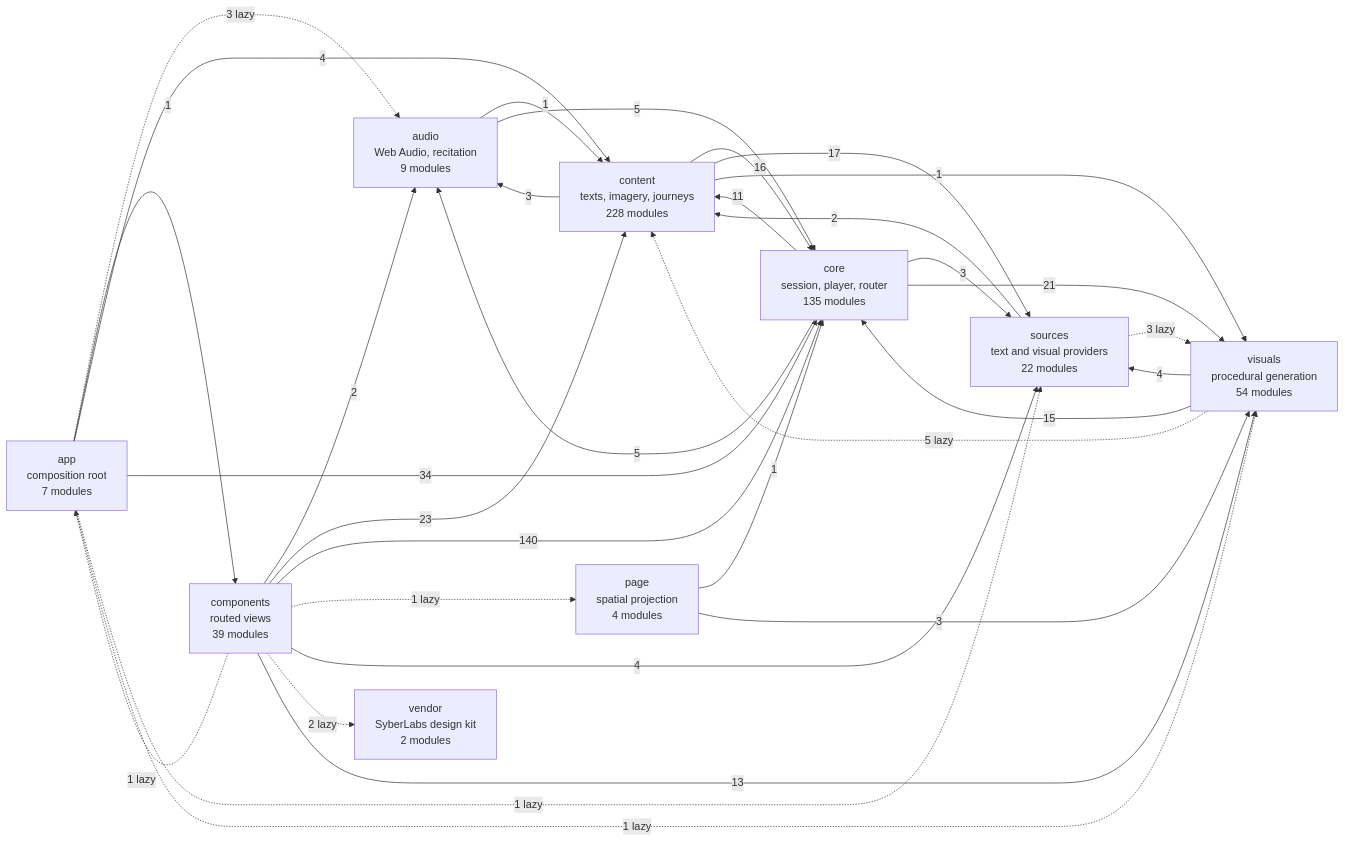
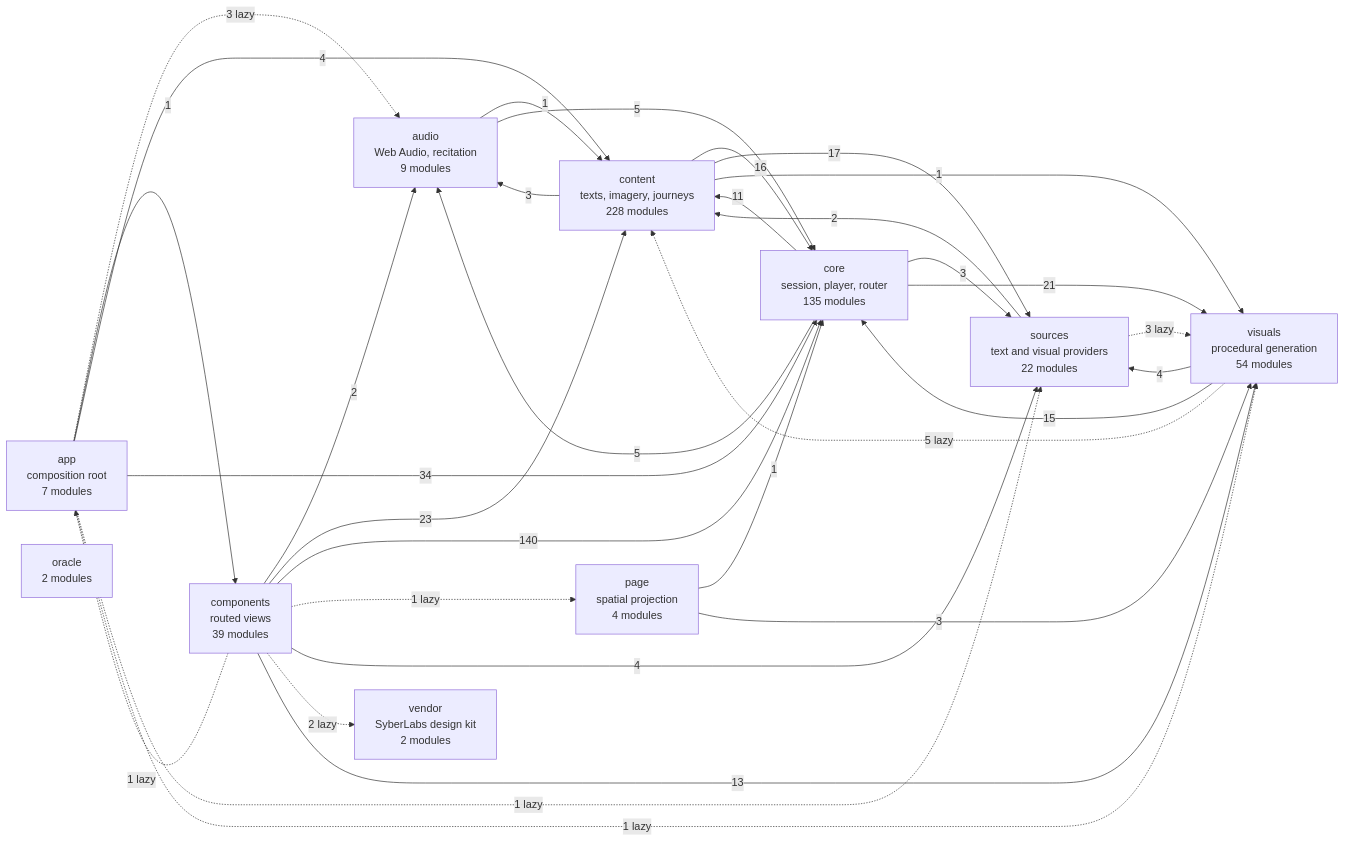
The diagram in docs/specs/ARCHITECTURE.md (SyberLabs/RISE), drawn with Mermaid before and after one commit.

Commit message:
Add the Oracle prototype to the architecture diagram
Regenerated with npm run docs:diagram on the branch after the Atlas merge.
src/oracle/ is a new subsystem of two modules with no edges to the app yet.

````diff
--- a/docs/specs/ARCHITECTURE.md
+++ b/docs/specs/ARCHITECTURE.md
@@ -160,44 +160,45 @@
 ```mermaid
 flowchart LR
     app["app<br/>composition root<br/>7 modules"]
     audio["audio<br/>Web Audio, recitation<br/>9 modules"]
     components["components<br/>routed views<br/>39 modules"]
     content["content<br/>texts, imagery, journeys<br/>228 modules"]
     core["core<br/>session, player, router<br/>135 modules"]
+    oracle["oracle<br/>2 modules"]
     page["page<br/>spatial projection<br/>4 modules"]
     sources["sources<br/>text and visual providers<br/>22 modules"]
     vendor["vendor<br/>SyberLabs design kit<br/>2 modules"]
     visuals["visuals<br/>procedural generation<br/>54 modules"]
 
     app -.-> |3 lazy| audio
     app --> |1| components
     app --> |4| content
     app --> |34| core
     app -.-> |1 lazy| sources
     app -.-> |1 lazy| visuals
     audio --> |1| content
     audio --> |5| core
     components -.-> |1 lazy| app
     components --> |2| audio
     components --> |23| content
     components --> |140| core
     components -.-> |1 lazy| page
     components --> |4| sources
     components -.-> |2 lazy| vendor
     components --> |13| visuals
     content --> |3| audio
     content --> |16| core
     content --> |17| sources
     content --> |1| visuals
     core --> |5| audio
     core --> |11| content
     core --> |3| sources
     core --> |21| visuals
     page --> |1| core
     page --> |3| visuals
     sources --> |2| content
     sources -.-> |3 lazy| visuals
     visuals -.-> |5 lazy| content
     visuals --> |15| core
     visuals --> |4| sources
 ```
````
